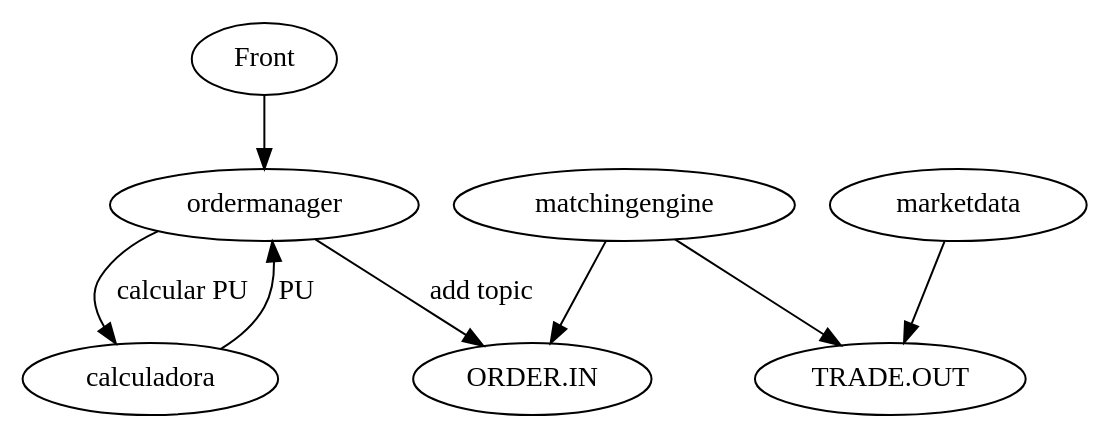
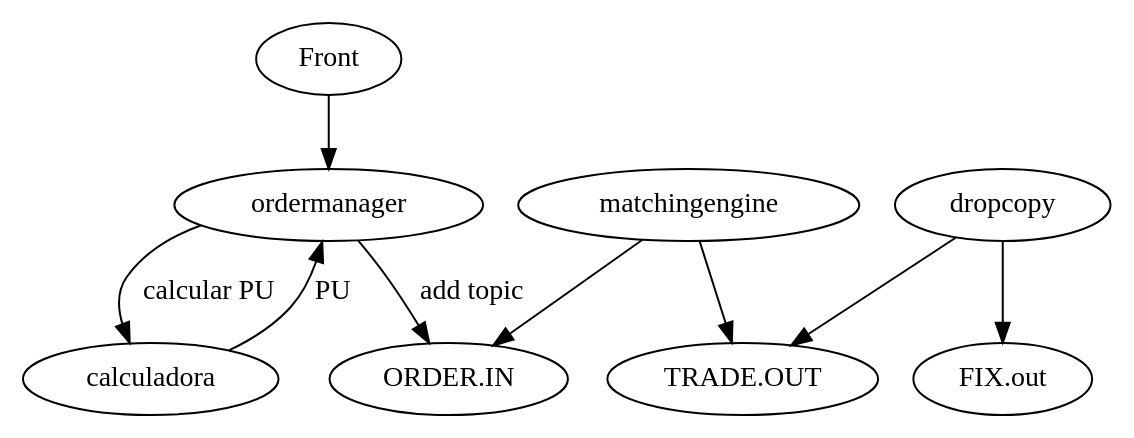
Before and after one commit to flaviotrezena/financial: the diagram in project-map.dot, drawn with Graphviz. The commit also changed 2 other files, not shown here.

```diff
--- a/project-map.dot
+++ b/project-map.dot
@@ -1,9 +1,10 @@
 digraph G {
   Front -> ordermanager;
   ordermanager -> calculadora [label="calcular PU"];
   calculadora -> ordermanager [label="PU"];
   ordermanager -> "ORDER.IN" [label="add topic"];
   matchingengine -> "ORDER.IN";
   matchingengine -> "TRADE.OUT";
-  marketdata -> "TRADE.OUT";
+  dropcopy -> "TRADE.OUT";
+  dropcopy -> "FIX.out";
 }
```
